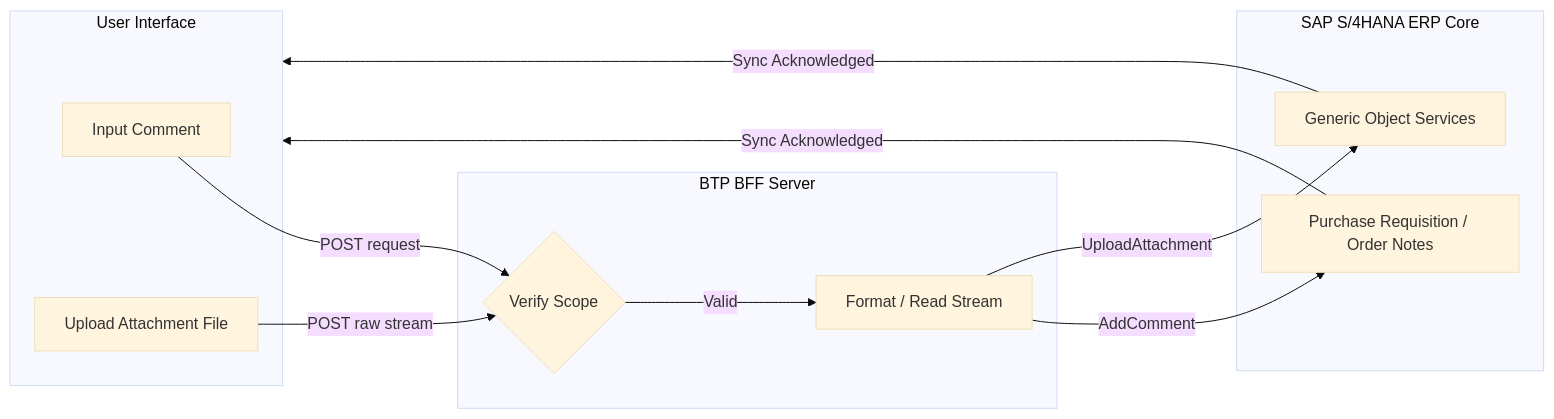
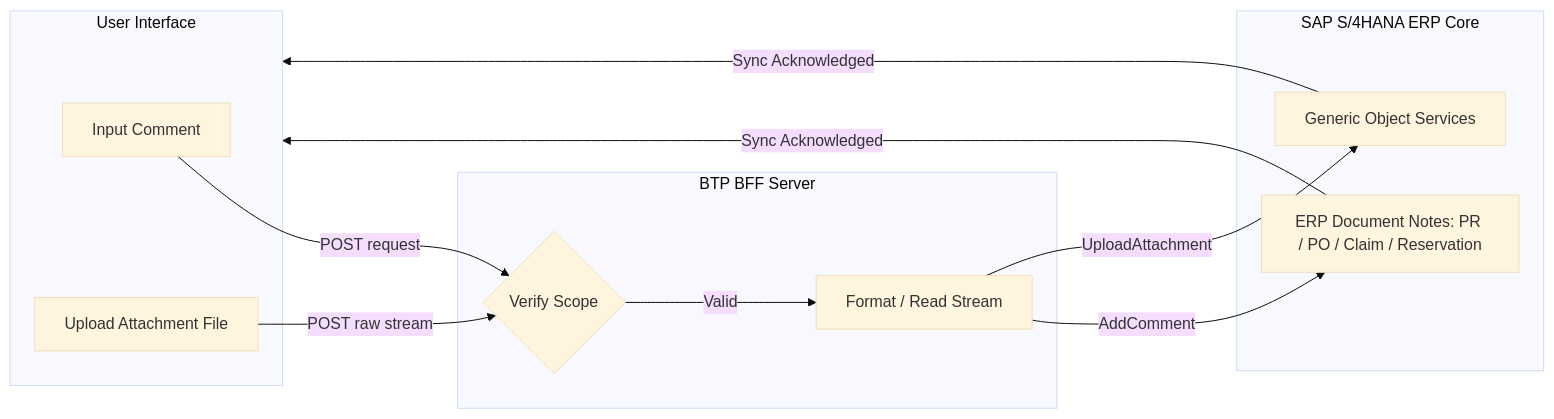
Before and after one commit to mindinh/approval-app: the third of 3 diagrams in docs/business/01-process-flows.md, drawn with Mermaid (base theme). The commit also changed other lines of this file and 10 other files, not shown here.

Commit message:
docs(all): update technical architecture, REST API references, and business docs

````diff
--- a/docs/business/01-process-flows.md
+++ b/docs/business/01-process-flows.md
@@ -90,28 +95,28 @@
 ```mermaid
 flowchart LR
     subgraph UI [User Interface]
         CommentInput[Input Comment]
         FileInput[Upload Attachment File]
     end
 
     subgraph BFF [BTP BFF Server]
         AuthCheck{Verify Scope}
         Parser[Format / Read Stream]
     end
 
     subgraph ERP [SAP S/4HANA ERP Core]
         GOS[Generic Object Services]
-        Notes[Purchase Requisition / Order Notes]
+        Notes[ERP Document Notes: PR / PO / Claim / Reservation]
     end
 
     CommentInput -->|POST request| AuthCheck
     FileInput -->|POST raw stream| AuthCheck
 
     AuthCheck -->|Valid| Parser
     
     Parser -->|AddComment| Notes
     Parser -->|UploadAttachment| GOS
     
     Notes -->|Sync Acknowledged| UI
     GOS -->|Sync Acknowledged| UI
 ```
````
